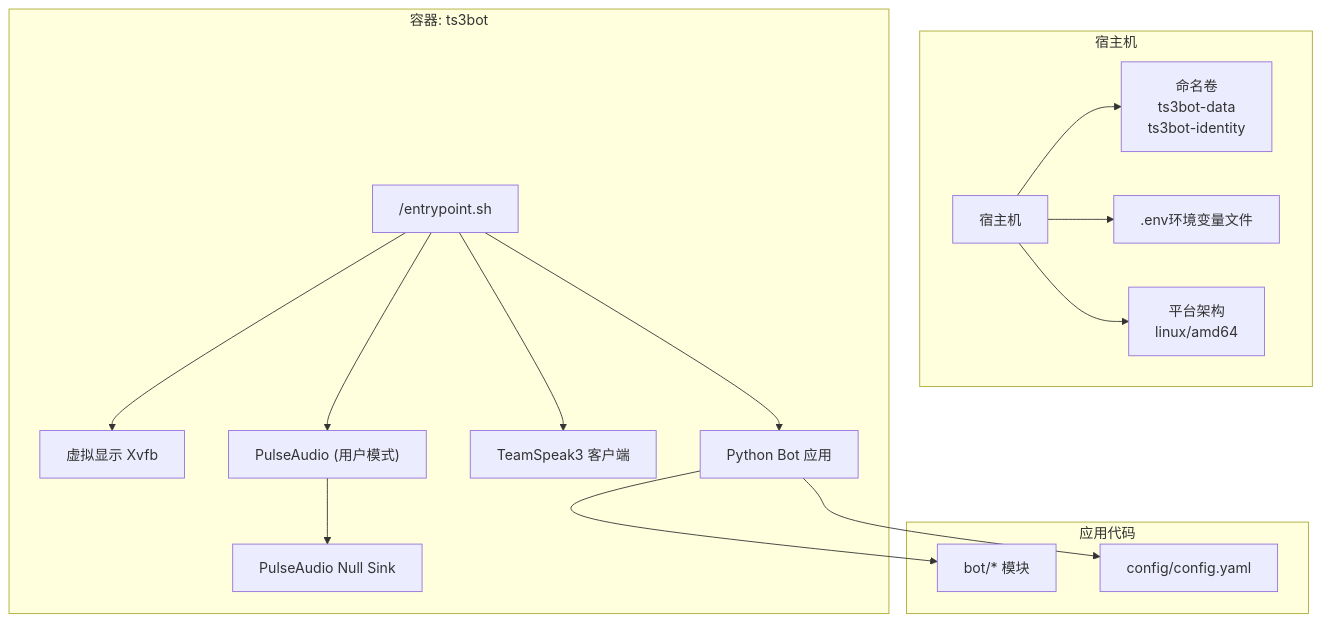
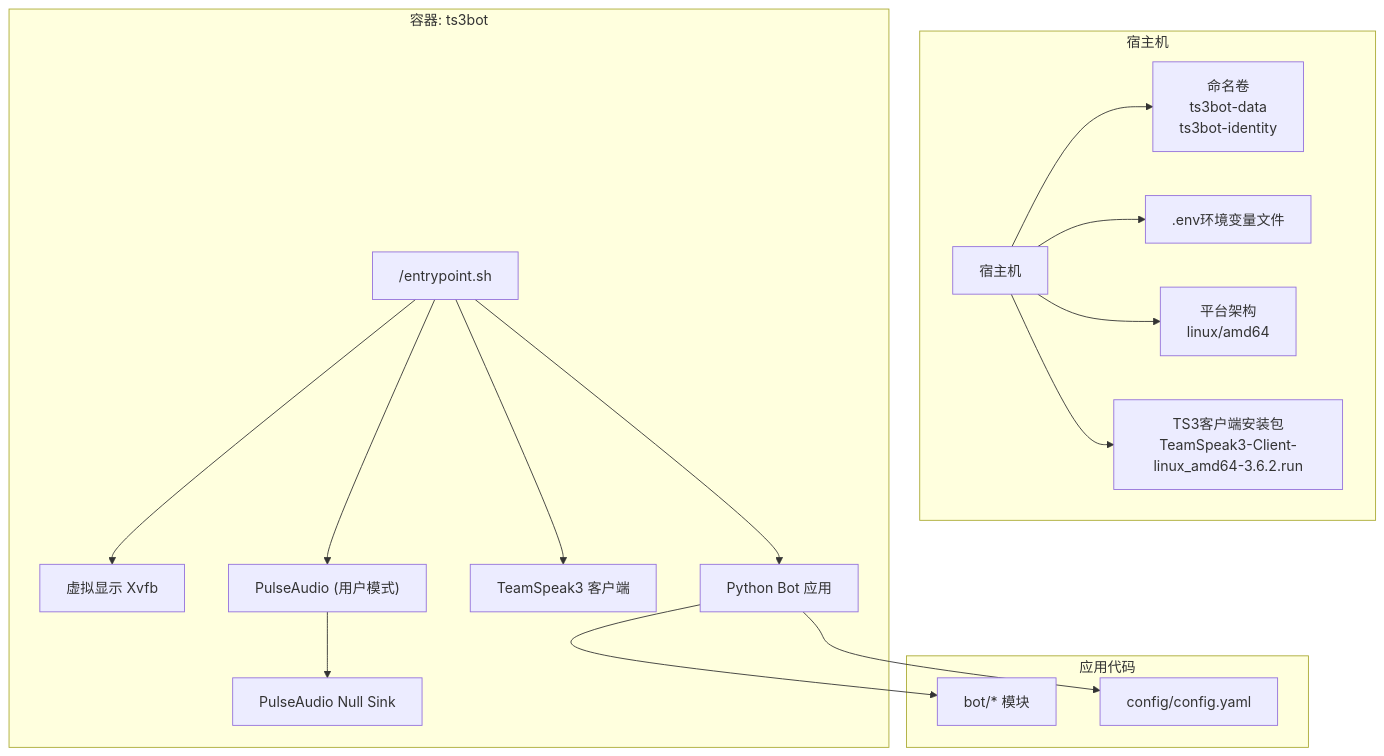
The first of 3 diagrams in .qoder/repowiki/zh/content/部署和运维/Docker容器化部署.md (GhoulOwl/Teamspeak3_Bot), drawn with Mermaid before and after one commit. The commit also changed other lines of this file and 6 other files, not shown here.

````diff
--- a/.qoder/repowiki/zh/content/部署和运维/Docker容器化部署.md
+++ b/.qoder/repowiki/zh/content/部署和运维/Docker容器化部署.md
@@ -49,31 +52,33 @@
 ```mermaid
 graph TB
 subgraph "宿主机"
 Host["宿主机"]
 Volumes["命名卷<br/>ts3bot-data<br/>ts3bot-identity"]
 Env[".env环境变量文件"]
 Platform["平台架构<br/>linux/amd64"]
+TS3Installer["TS3客户端安装包<br/>TeamSpeak3-Client-linux_amd64-3.6.2.run"]
 end
 subgraph "容器: ts3bot"
 Entrypoint["/entrypoint.sh"]
 Xvfb["虚拟显示 Xvfb"]
 Pulse["PulseAudio (用户模式)"]
 NullSink["PulseAudio Null Sink"]
 TS3Client["TeamSpeak3 客户端"]
 Bot["Python Bot 应用"]
 end
 subgraph "应用代码"
 BotCode["bot/* 模块"]
 Config["config/config.yaml"]
 end
 Host --> Volumes
 Host --> Env
 Host --> Platform
+Host --> TS3Installer
 Entrypoint --> Xvfb
 Entrypoint --> Pulse
 Pulse --> NullSink
 Entrypoint --> TS3Client
 Entrypoint --> Bot
 Bot --> BotCode
 Bot --> Config
 ```
````
